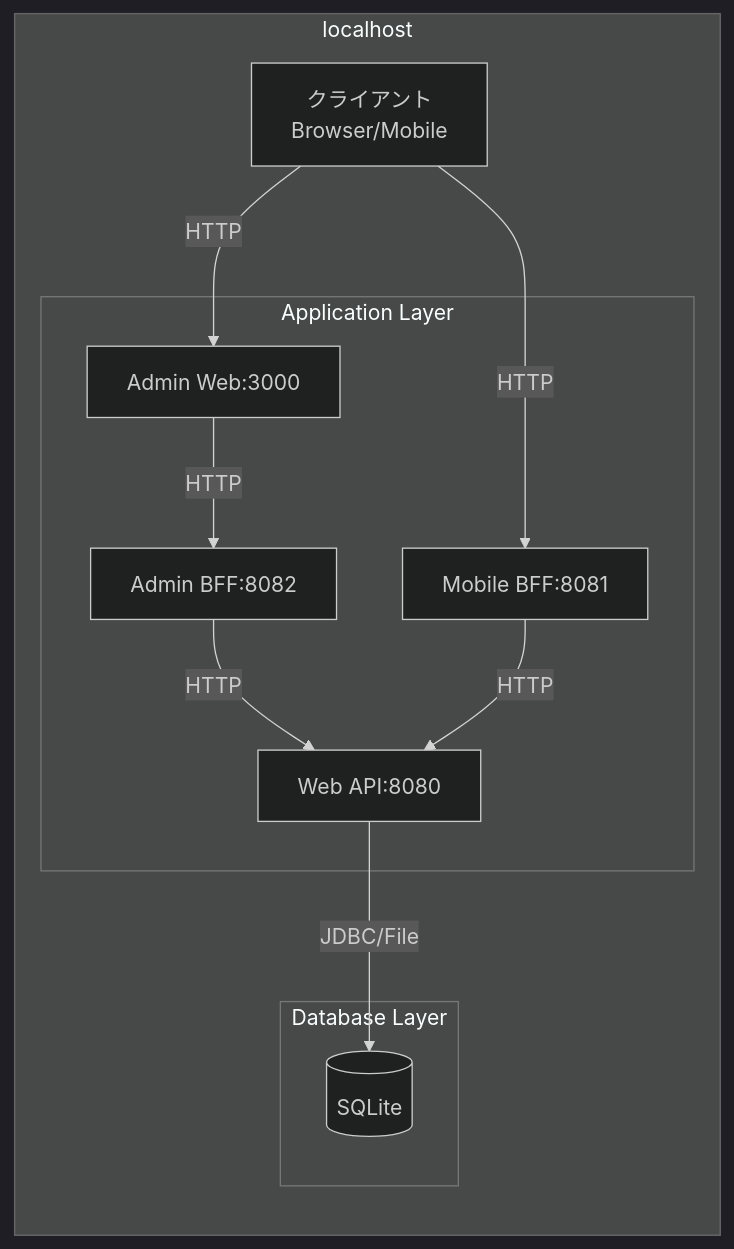
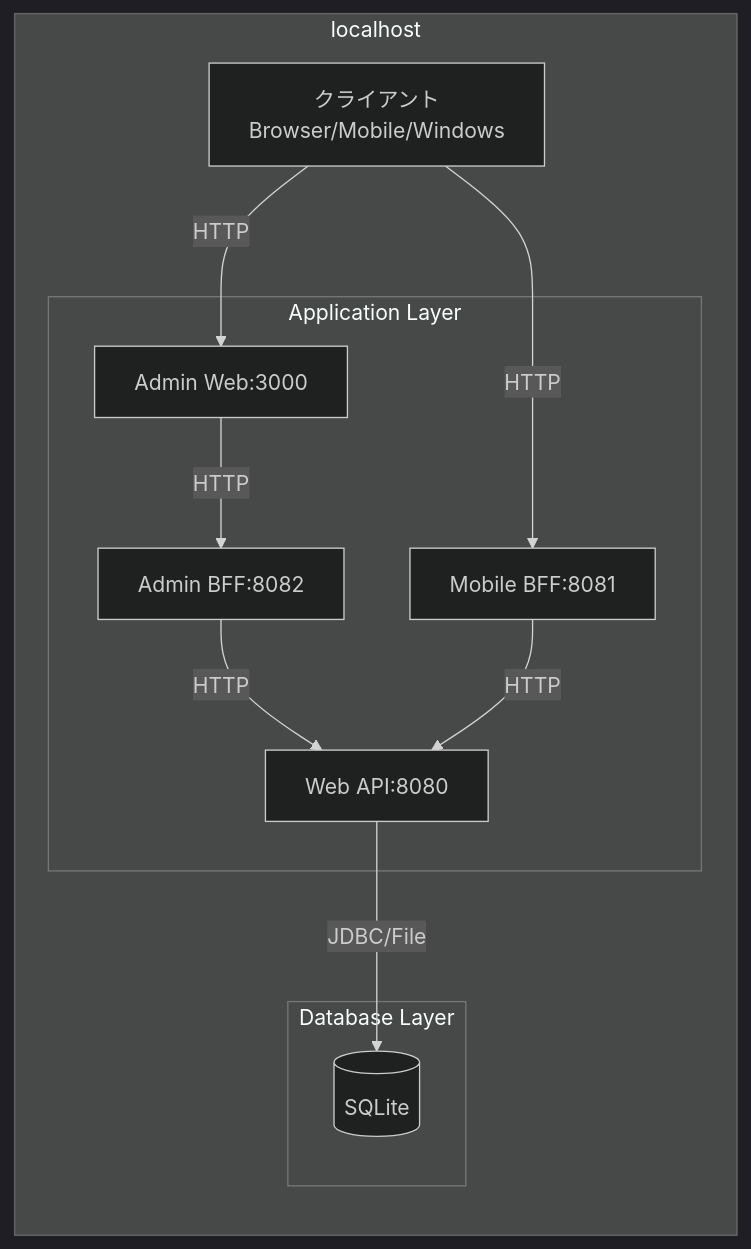
Before and after one commit to Takas0522/ws-demo-mobile-app: the second of 3 diagrams in docs/architecture/06-infrastructure.md, drawn with Mermaid (dark theme). The commit also changed other lines of this file and 3 other files, not shown here.

````diff
--- a/docs/architecture/06-infrastructure.md
+++ b/docs/architecture/06-infrastructure.md
@@ -304,24 +307,24 @@
 ```mermaid
 graph LR
     subgraph "localhost"
-        Client[クライアント<br/>Browser/Mobile]
+        Client[クライアント<br/>Browser/Mobile/Windows]
         
         subgraph "Application Layer"
             AdminWeb[Admin Web:3000]
             AdminBFF[Admin BFF:8082]
             MobileBFF[Mobile BFF:8081]
             WebAPI[Web API:8080]
         end
         
         subgraph "Database Layer"
             DB[(SQLite)]
         end
     end
     
     Client -->|HTTP| AdminWeb
     Client -->|HTTP| MobileBFF
     AdminWeb -->|HTTP| AdminBFF
     AdminBFF -->|HTTP| WebAPI
     MobileBFF -->|HTTP| WebAPI
     WebAPI -->|JDBC/File| DB
 ```
````
